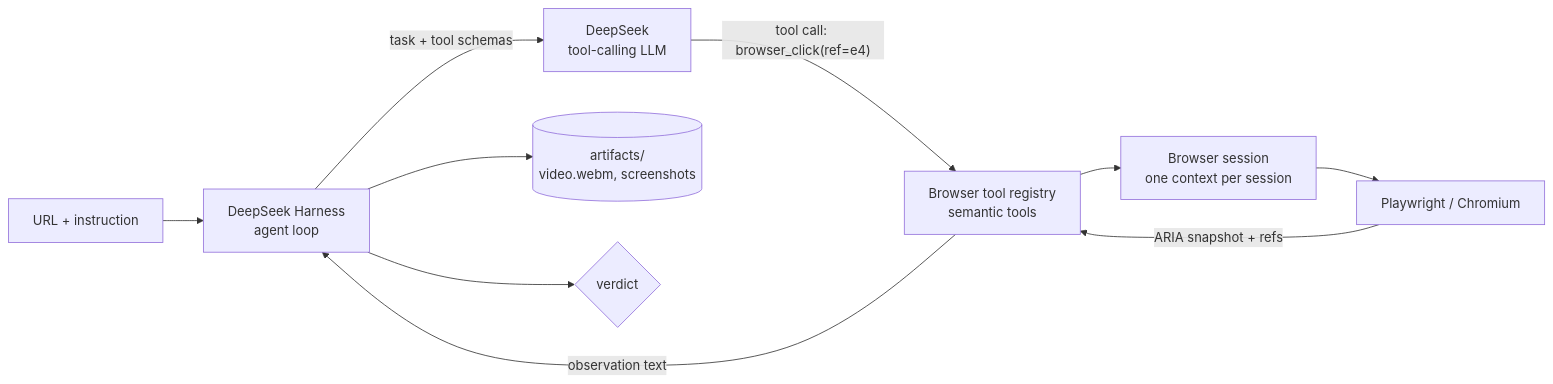
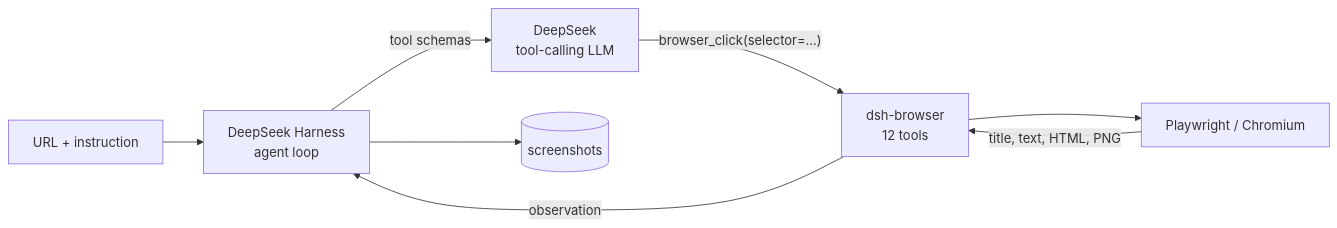
The diagram in README.md (jingyuy/WebTestAgent), drawn with Mermaid before and after one commit. The commit also changed other lines of this file and 27 other files, not shown here.

First line of the commit message:
Retire the browser plugin; dsh-browser owns the browser

````diff
--- a/README.md
+++ b/README.md
@@ -64,12 +12,10 @@
 ```mermaid
 flowchart LR
     U[URL + instruction] --> R["DeepSeek Harness<br/>agent loop"]
-    R -->|"task + tool schemas"| L[DeepSeek<br/>tool-calling LLM]
-    L -->|"tool call: browser_click(ref=e4)"| T[Browser tool registry<br/>semantic tools]
-    T --> S[Browser session<br/>one context per session]
-    S --> P[Playwright / Chromium]
-    P -->|"ARIA snapshot + refs"| T
-    T -->|"observation text"| R
-    R --> A[(artifacts/<br/>video.webm, screenshots)]
-    R --> V{verdict}
+    R -->|"tool schemas"| L[DeepSeek<br/>tool-calling LLM]
+    L -->|"browser_click(selector=…)"| T["dsh-browser<br/>12 tools"]
+    T --> P[Playwright / Chromium]
+    P -->|"title, text, HTML, PNG"| T
+    T -->|observation| R
+    R --> A[(screenshots)]
 ```
````
